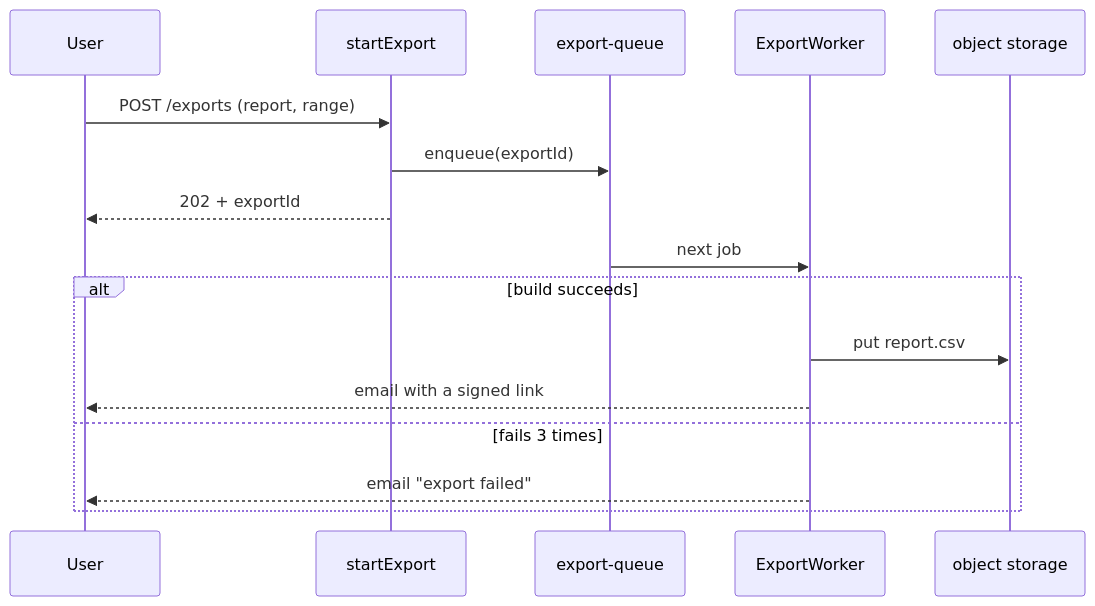
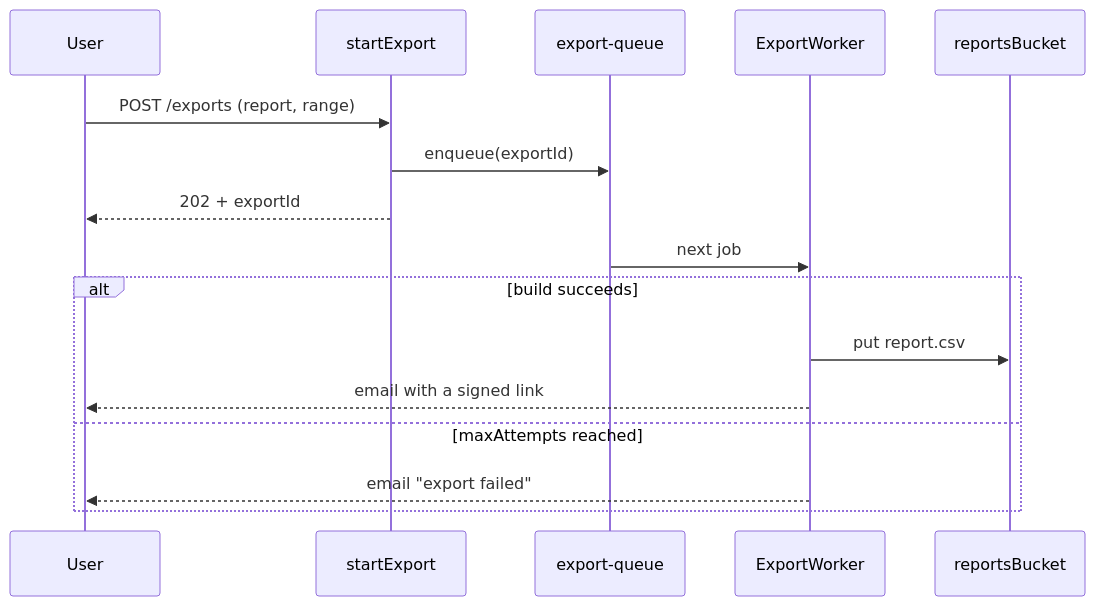
Before and after one commit to rkaliev/pi-engineering-kit: the diagram in skills/writing-documentation/references/diagrams.md, drawn with Mermaid. The commit also changed other lines of this file and 3 other files, not shown here.

First line of the commit message:
docs(writing-documentation): limits by name, render before done, sharper diagram rules

````diff
--- a/skills/writing-documentation/references/diagrams.md
+++ b/skills/writing-documentation/references/diagrams.md
@@ -30,18 +32,18 @@
 ```mermaid
 sequenceDiagram
     participant U as User
     participant API as startExport
     participant Q as export-queue
     participant W as ExportWorker
-    participant S as object storage
+    participant S as reportsBucket
     U->>API: POST /exports (report, range)
     API->>Q: enqueue(exportId)
     API-->>U: 202 + exportId
     Q->>W: next job
     alt build succeeds
         W->>S: put report.csv
         W-->>U: email with a signed link
-    else fails 3 times
+    else maxAttempts reached
         W-->>U: email "export failed"
     end
 ```
````
